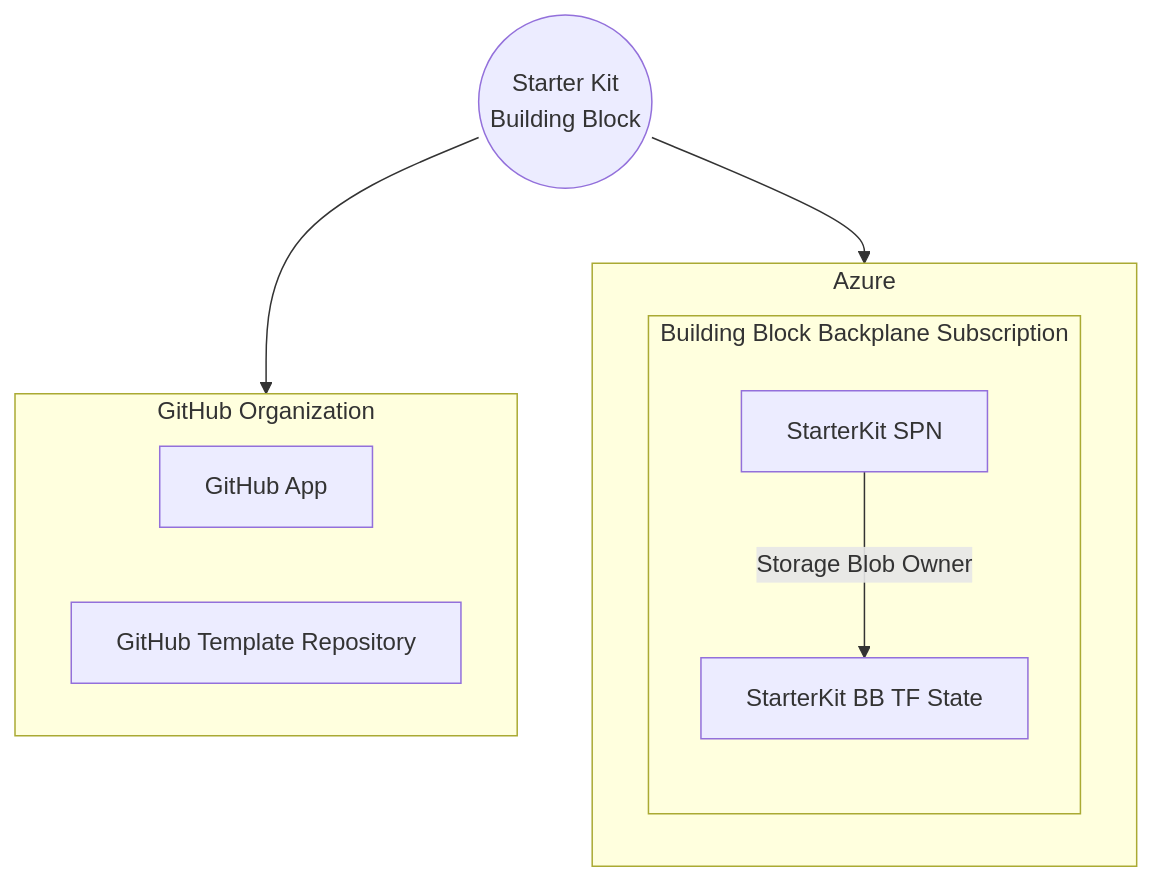
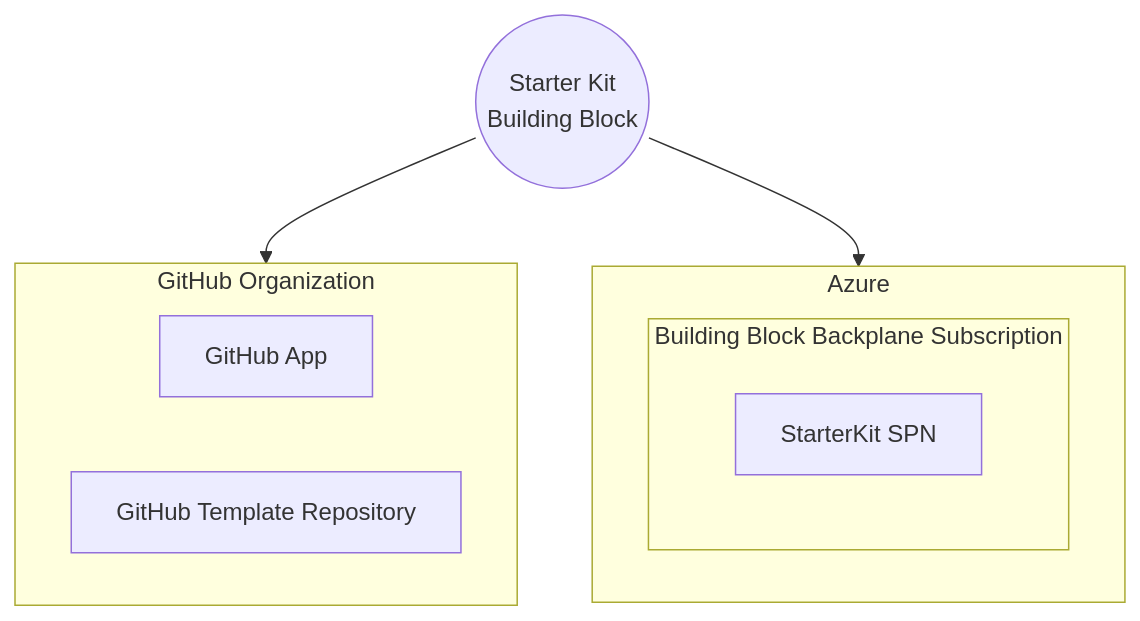
The first of 3 diagrams in modules/azure/github-actions-terraform-setup/backplane/README.md (meshcloud/meshstack-hub), drawn with Mermaid before and after one commit. The commit also changed other lines of this file, not shown here.

````diff
--- a/modules/azure/github-actions-terraform-setup/backplane/README.md
+++ b/modules/azure/github-actions-terraform-setup/backplane/README.md
@@ -48,20 +48,18 @@
 ```mermaid
 flowchart TD
   subgraph github[GitHub Organization]
     ghapp[GitHub App]
     ghrepotemplate[GitHub Template Repository]
   end
   subgraph Azure
     subgraph bbsub[Building Block Backplane Subscription]
-      bbsubtfstate[StarterKit BB TF State]
       bbspn[StarterKit SPN]
 
     end
   end
 
   BB((Starter Kit<br>Building Block))
 
   BB --> github
   BB --> Azure
-  bbspn --Storage Blob Owner--> bbsubtfstate
 ```
````
